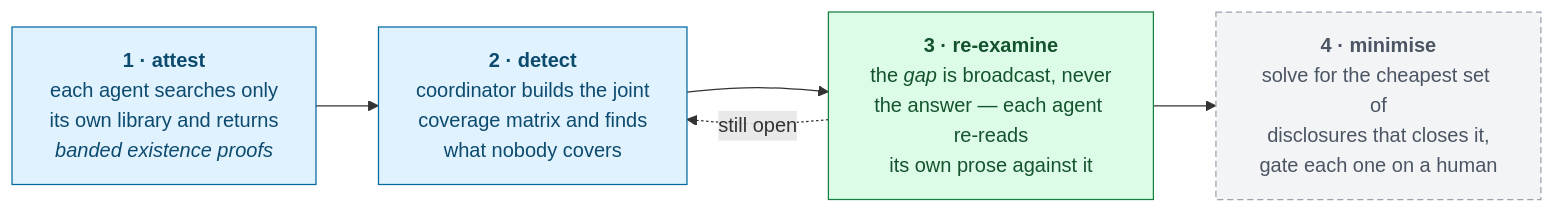
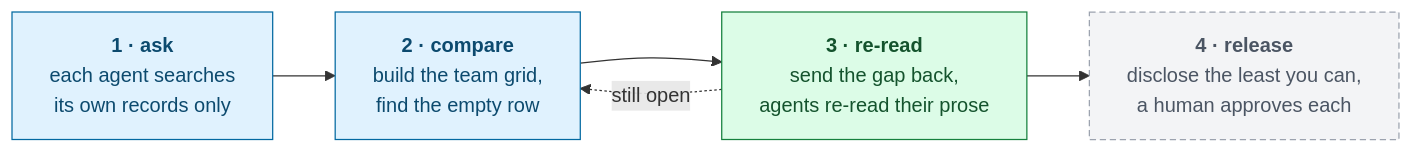
The second of 3 diagrams in docs/slides/slides.md (isenilov/flower-ai-hackathon), drawn with Mermaid before and after one commit. The commit also changed other lines of this file and 4 other files, not shown here.

````diff
--- a/docs/slides/slides.md
+++ b/docs/slides/slides.md
@@ -124,15 +193,15 @@
-```mermaid {scale: 0.72}
+```mermaid {scale: 0.7}
 flowchart LR
-    attest["<b>1 · attest</b><br/>each agent searches only<br/>its own library and returns<br/><i>banded existence proofs</i>"]
-    detect["<b>2 · detect</b><br/>coordinator builds the joint<br/>coverage matrix and finds<br/>what nobody covers"]
-    reexamine["<b>3 · re-examine</b><br/>the <i>gap</i> is broadcast, never<br/>the answer — each agent re-reads<br/>its own prose against it"]
-    minimise["<b>4 · minimise</b><br/>solve for the cheapest set of<br/>disclosures that closes it,<br/>gate each one on a human"]
+    ask["<b>1 · ask</b><br/>each agent searches<br/>its own records only"]
+    compare["<b>2 · compare</b><br/>build the team grid,<br/>find the empty row"]
+    reread["<b>3 · re-read</b><br/>send the gap back,<br/>agents re-read their prose"]
+    release["<b>4 · release</b><br/>disclose the least you can,<br/>a human approves each"]
 
-    attest --> detect --> reexamine --> minimise
-    reexamine -. "still open" .-> detect
+    ask --> compare --> reread --> release
+    reread -. "still open" .-> compare
 
-    style attest fill:#e0f2fe,stroke:#0369a1,color:#0c4a6e
-    style detect fill:#e0f2fe,stroke:#0369a1,color:#0c4a6e
-    style reexamine fill:#dcfce7,stroke:#15803d,color:#14532d
-    style minimise fill:#f3f4f6,stroke:#9ca3af,color:#4b5563,stroke-dasharray: 5 3
+    style ask fill:#e0f2fe,stroke:#0369a1,color:#0c4a6e
+    style compare fill:#e0f2fe,stroke:#0369a1,color:#0c4a6e
+    style reread fill:#dcfce7,stroke:#15803d,color:#14532d
+    style release fill:#f3f4f6,stroke:#9ca3af,color:#4b5563,stroke-dasharray: 5 3
 ```
````
